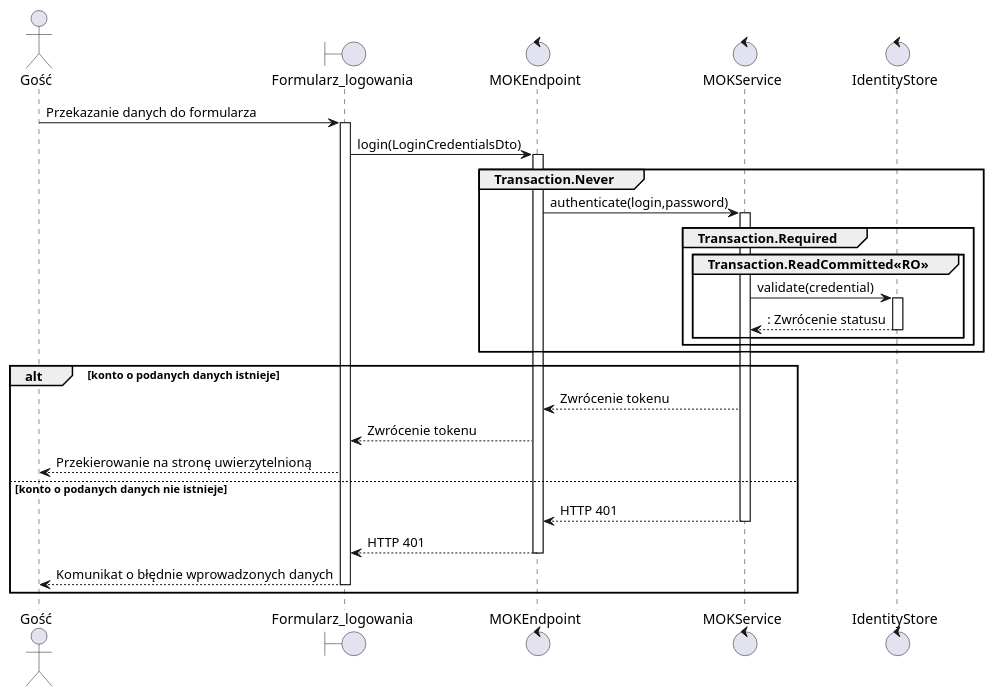
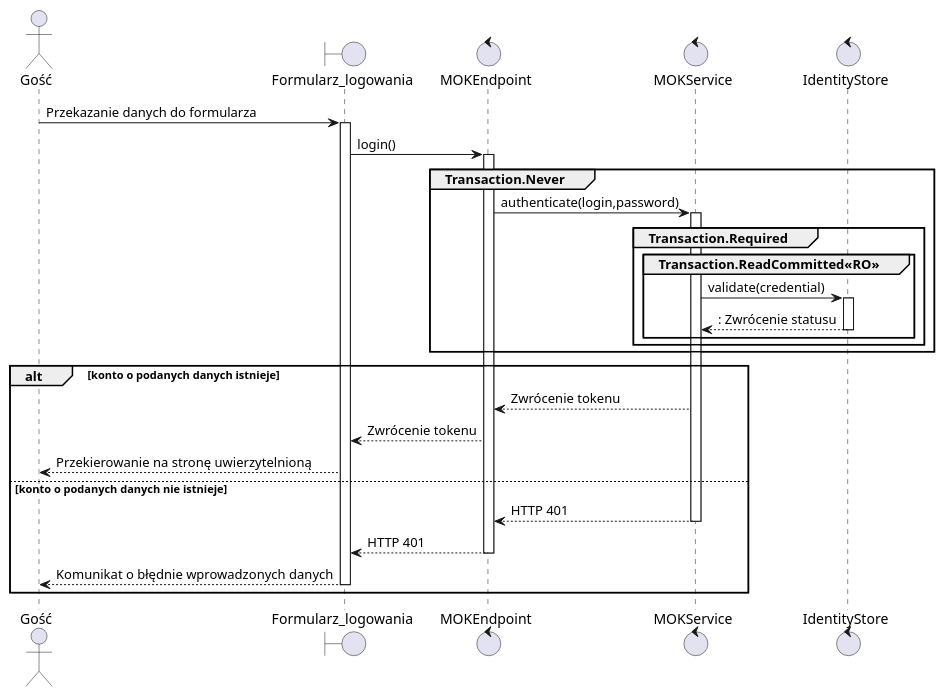
The diagram in src/rozdział 11/mok12.puml (TheVivent-Politechnika-Lodzka/ssbd03_kic_uml), drawn with PlantUML before and after one commit. The commit also changed 5 other files, not shown here.

```diff
--- a/src/rozdział 11/mok12.puml
+++ b/src/rozdział 11/mok12.puml
@@ -1,33 +1,33 @@
-@startuml MOK12 Zaloguj
+@startuml MOK12 - Zaloguj
 
 actor Gość as user
 boundary Formularz_logowania as gui
 control MOKEndpoint as controller
 control MOKService as service
 control IdentityStore as auth
 
 
 user -> gui ++ : Przekazanie danych do formularza
-gui -> controller ++ : login(LoginCredentialsDto)
+gui -> controller ++ : login()
 group Transaction.Never
 controller -> service ++ : authenticate(login,password)
     group Transaction.Required
         group  Transaction.ReadCommitted<<RO>>
             service -> auth ++ : validate(credential)
             return : Zwrócenie statusu
         end
     end
 end
 alt konto o podanych danych istnieje
     service --> controller : Zwrócenie tokenu
     controller --> gui : Zwrócenie tokenu
     gui --> user : Przekierowanie na stronę uwierzytelnioną
 
 else konto o podanych danych nie istnieje
     return HTTP 401
     return HTTP 401
     return Komunikat o błędnie wprowadzonych danych
 end
 
 
 @enduml
```
